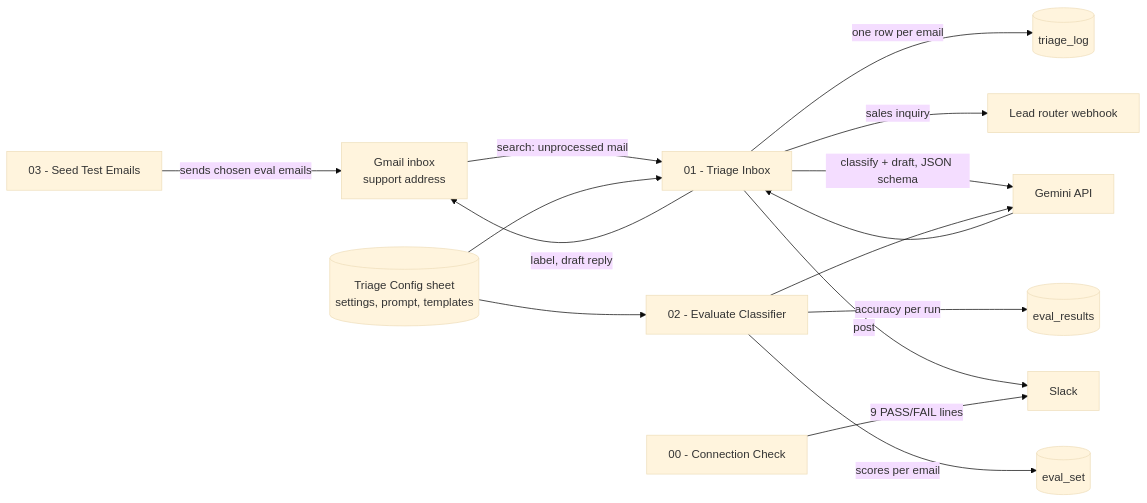
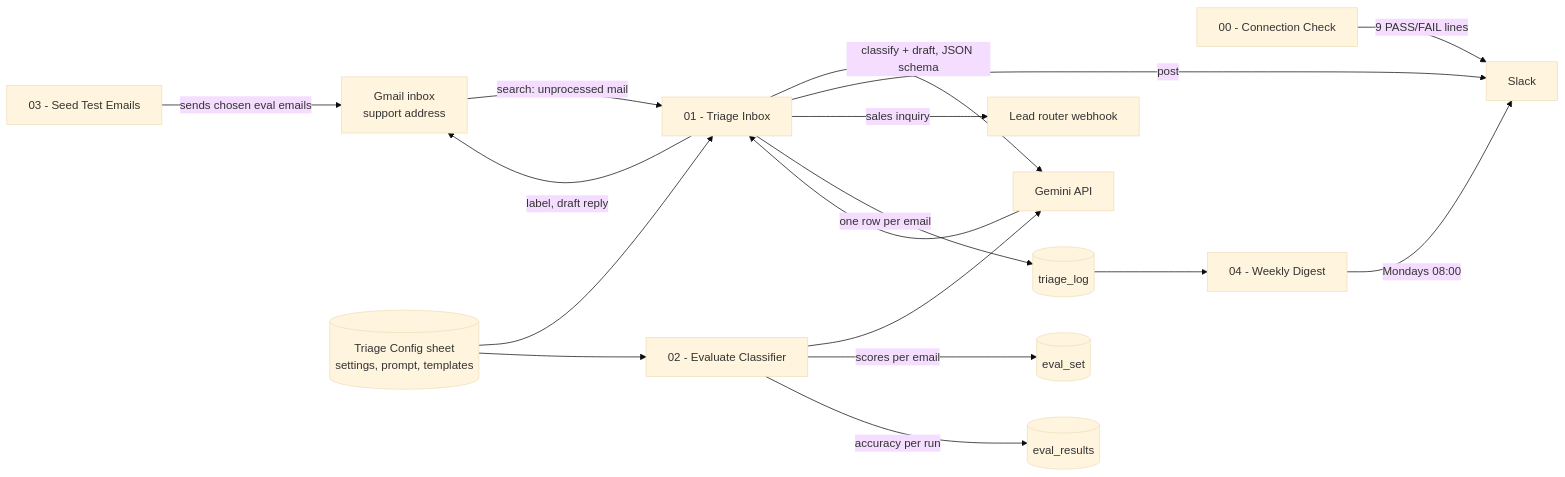
The diagram in README.md (ajibolailesanmi-sudo/email-triage-agent), drawn with Mermaid (base theme) before and after one commit. The commit also changed other lines of this file, not shown here.

First line of the commit message:
README: decisions I made myself, weekly digest, staged prompt 1.2

````diff
--- a/README.md
+++ b/README.md
@@ -29,17 +30,19 @@
 ```mermaid
 flowchart LR
     G[Gmail inbox<br/>support address] -->|search: unprocessed mail| S1[01 - Triage Inbox]
     CFG[(Triage Config sheet<br/>settings, prompt, templates)] --> S1
     S1 -->|classify + draft, JSON schema| GEM[Gemini API]
     GEM --> S1
     S1 -->|label, draft reply| G
     S1 -->|post| SL[Slack]
     S1 -->|sales inquiry| LR[Lead router webhook]
     S1 -->|one row per email| LOG[(triage_log)]
     CFG --> S2[02 - Evaluate Classifier]
     S2 --> GEM
     S2 -->|scores per email| EV[(eval_set)]
     S2 -->|accuracy per run| ER[(eval_results)]
     S3[03 - Seed Test Emails] -->|sends chosen eval emails| G
     S0[00 - Connection Check] -->|9 PASS/FAIL lines| SL
+    LOG --> S4[04 - Weekly Digest]
+    S4 -->|Mondays 08:00| SL
 ```
````
